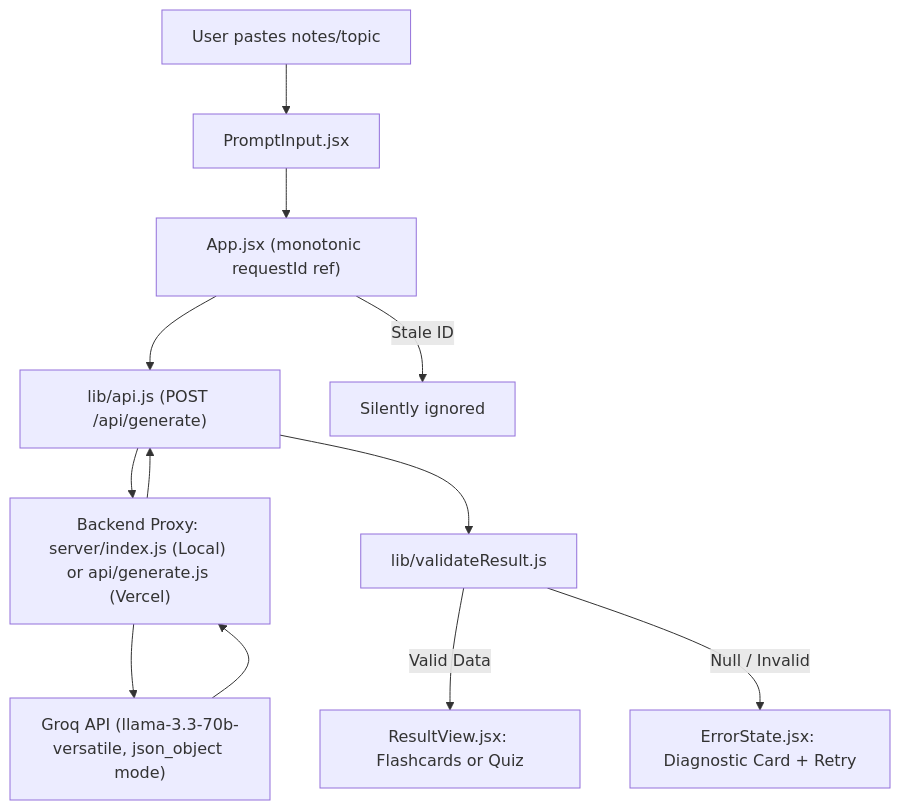
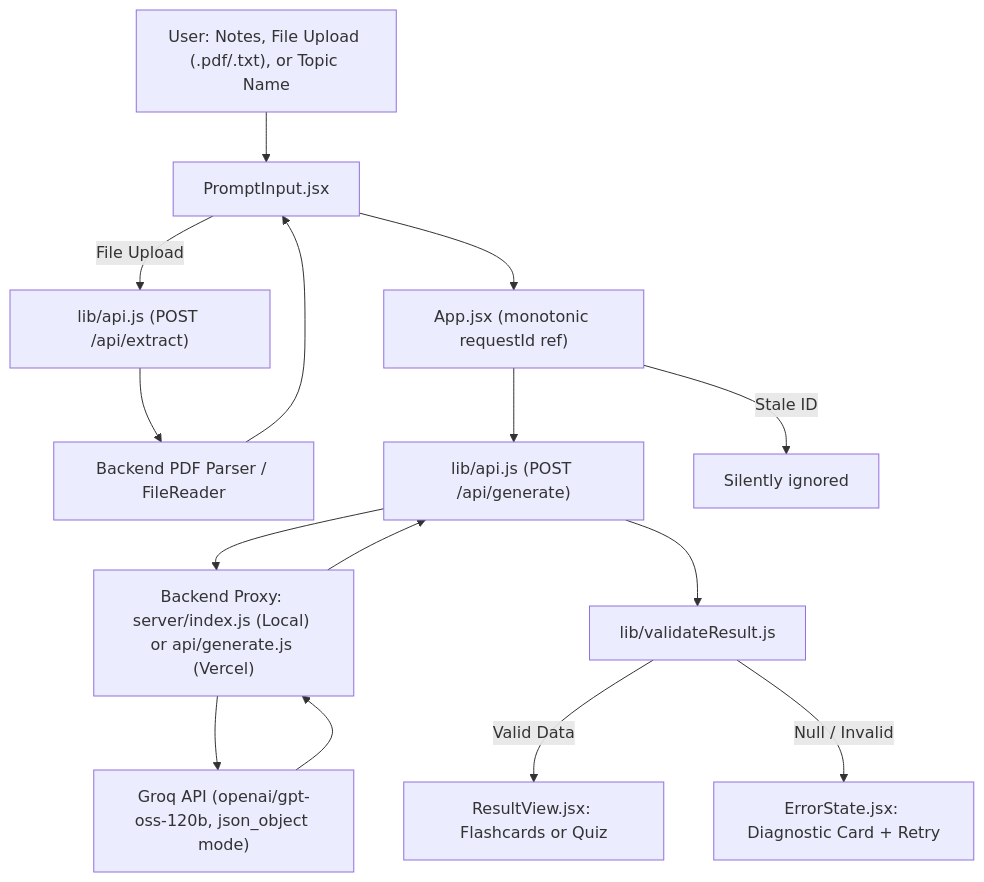
Before and after one commit to shabistasehar/Project: the diagram in README.md, drawn with Mermaid. The commit also changed other lines of this file and 9 other files, not shown here.

Commit message:
feat: Add document notes file upload (.pdf, .txt, .md, .csv) and generate by topic name

````diff
--- a/README.md
+++ b/README.md
@@ -43,14 +51,17 @@
 ```mermaid
 flowchart TD
-    User["User pastes notes/topic"] --> Input["PromptInput.jsx"]
+    User["User: Notes, File Upload (.pdf/.txt), or Topic Name"] --> Input["PromptInput.jsx"]
+    Input -- File Upload --> Extract["lib/api.js (POST /api/extract)"]
+    Extract --> PDFEngine["Backend PDF Parser / FileReader"]
+    PDFEngine --> Input
     Input --> Guard["App.jsx (monotonic requestId ref)"]
     Guard --> API["lib/api.js (POST /api/generate)"]
     API --> Proxy["Backend Proxy: server/index.js (Local) or api/generate.js (Vercel)"]
-    Proxy --> Groq["Groq API (llama-3.3-70b-versatile, json_object mode)"]
+    Proxy --> Groq["Groq API (openai/gpt-oss-120b, json_object mode)"]
     Groq --> Proxy
     Proxy --> API
     API --> Validator["lib/validateResult.js"]
     Validator -- Valid Data --> DeckOrQuiz["ResultView.jsx: Flashcards or Quiz"]
     Validator -- Null / Invalid --> Error["ErrorState.jsx: Diagnostic Card + Retry"]
     Guard -- Stale ID --> Discard["Silently ignored"]
 ```
````
